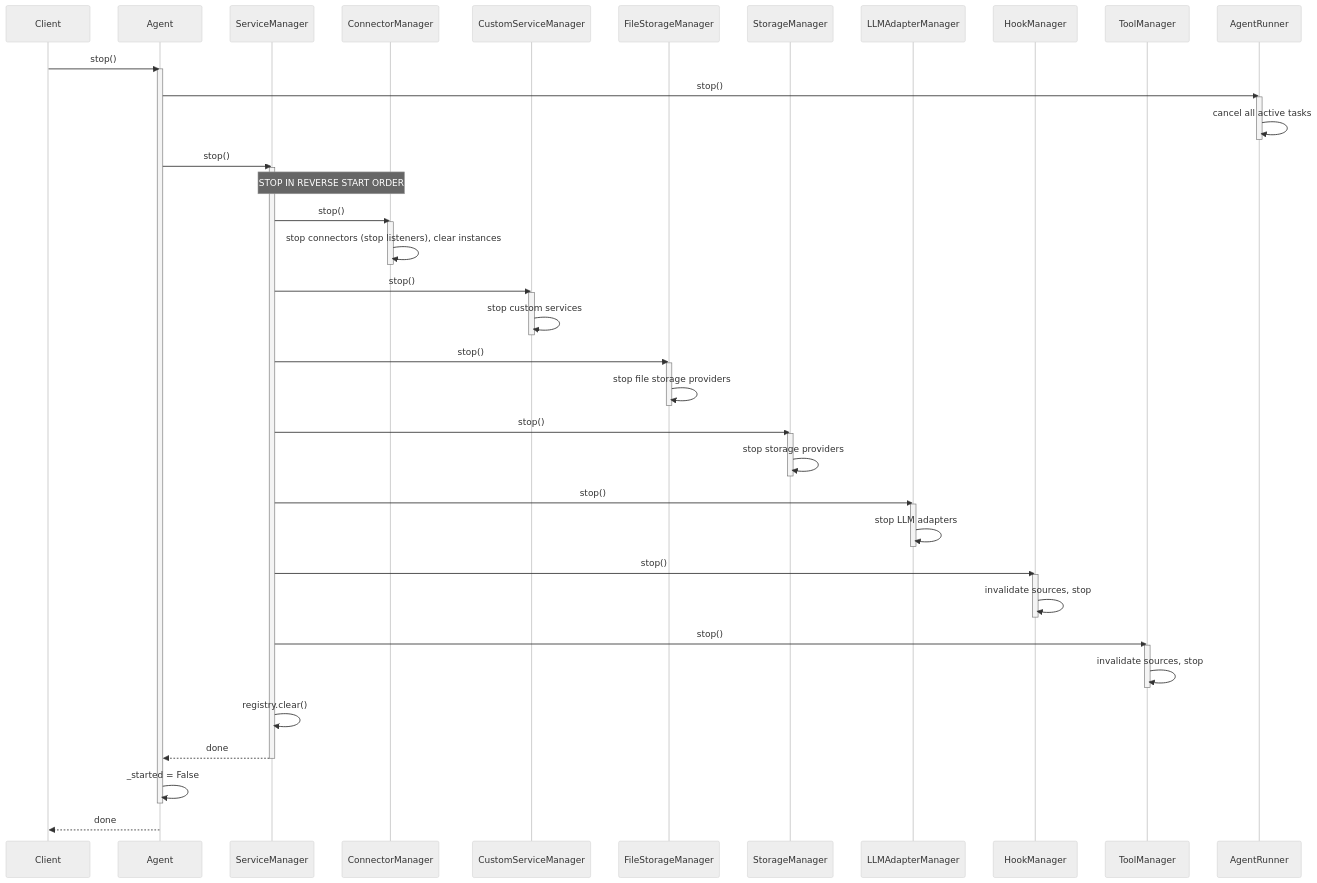
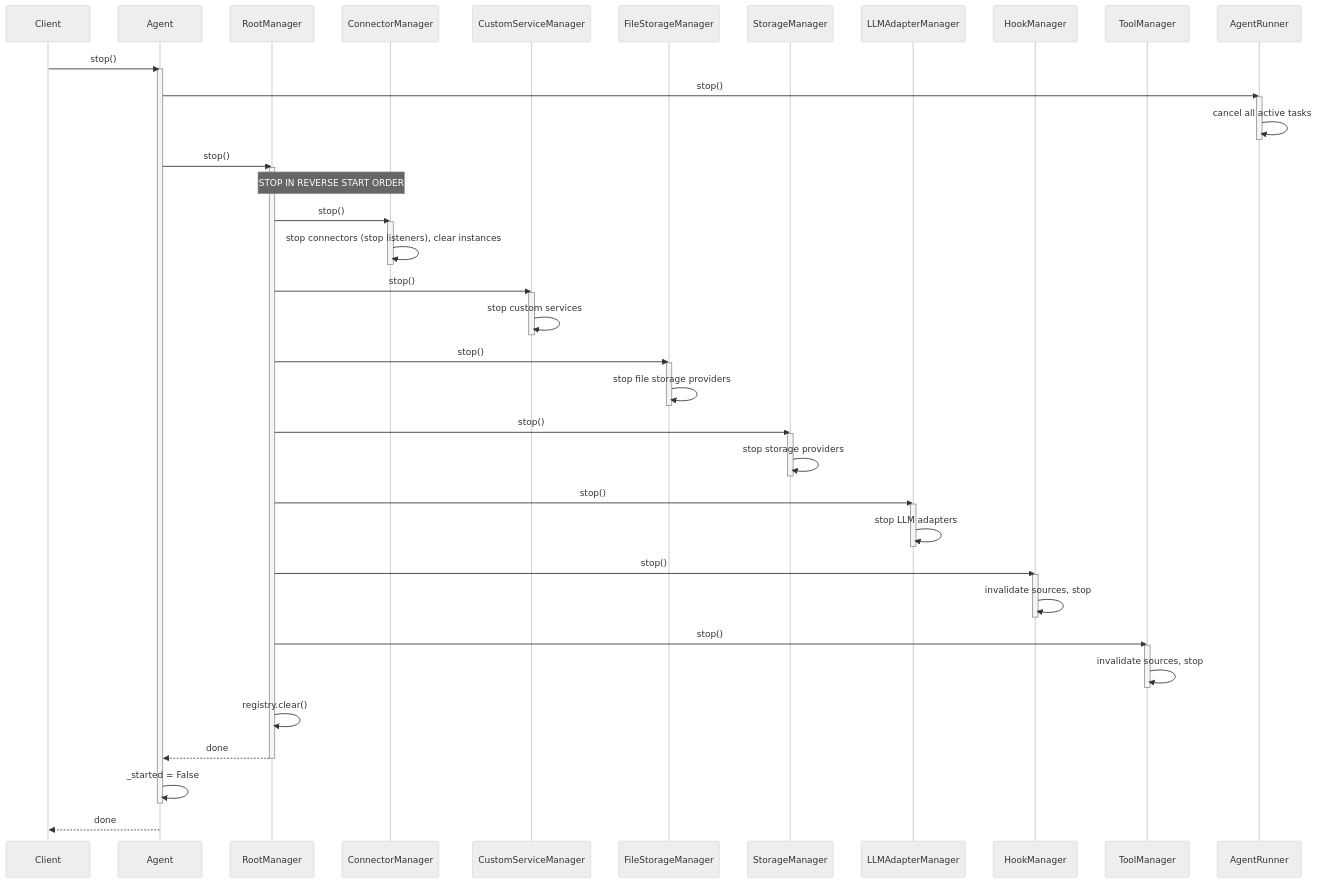
The seventh of 12 diagrams in visuals.md (matrixd0t/commamatrix), drawn with Mermaid (neutral theme) before and after one commit. The commit also changed other lines of this file and 34 other files, not shown here.

````diff
--- a/visuals.md
+++ b/visuals.md
@@ -350,70 +351,70 @@
 ```mermaid
 sequenceDiagram
     participant Client
     participant Agent
-    participant SM as ServiceManager
+    participant SM as RootManager
     participant ConM as ConnectorManager
     participant CSM as CustomServiceManager
     participant FStM as FileStorageManager
     participant StM as StorageManager
     participant LM as LLMAdapterManager
     participant HM as HookManager
     participant TM as ToolManager
     participant Runner as AgentRunner
 
     Client->>Agent: stop()
     activate Agent
 
     Agent->>Runner: stop()
     activate Runner
     Runner->>Runner: cancel all active tasks
     deactivate Runner
 
     Agent->>SM: stop()
     activate SM
 
     Note over SM,ConM: STOP IN REVERSE START ORDER
 
     SM->>ConM: stop()
     activate ConM
     ConM->>ConM: stop connectors (stop listeners), clear instances
     deactivate ConM
 
     SM->>CSM: stop()
     activate CSM
     CSM->>CSM: stop custom services
     deactivate CSM
 
     SM->>FStM: stop()
     activate FStM
     FStM->>FStM: stop file storage providers
     deactivate FStM
 
     SM->>StM: stop()
     activate StM
     StM->>StM: stop storage providers
     deactivate StM
 
     SM->>LM: stop()
     activate LM
     LM->>LM: stop LLM adapters
     deactivate LM
 
     SM->>HM: stop()
     activate HM
     HM->>HM: invalidate sources, stop
     deactivate HM
 
     SM->>TM: stop()
     activate TM
     TM->>TM: invalidate sources, stop
     deactivate TM
 
     SM->>SM: registry.clear()
     SM-->>Agent: done
     deactivate SM
 
     Agent->>Agent: _started = False
     deactivate Agent
     Agent-->>Client: done
 ```
````
